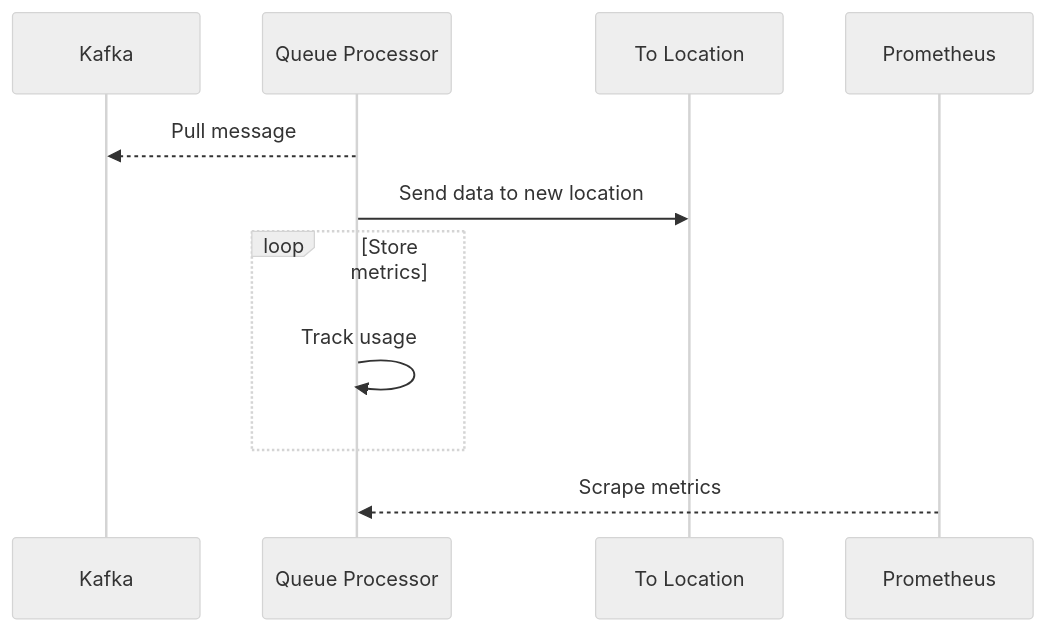
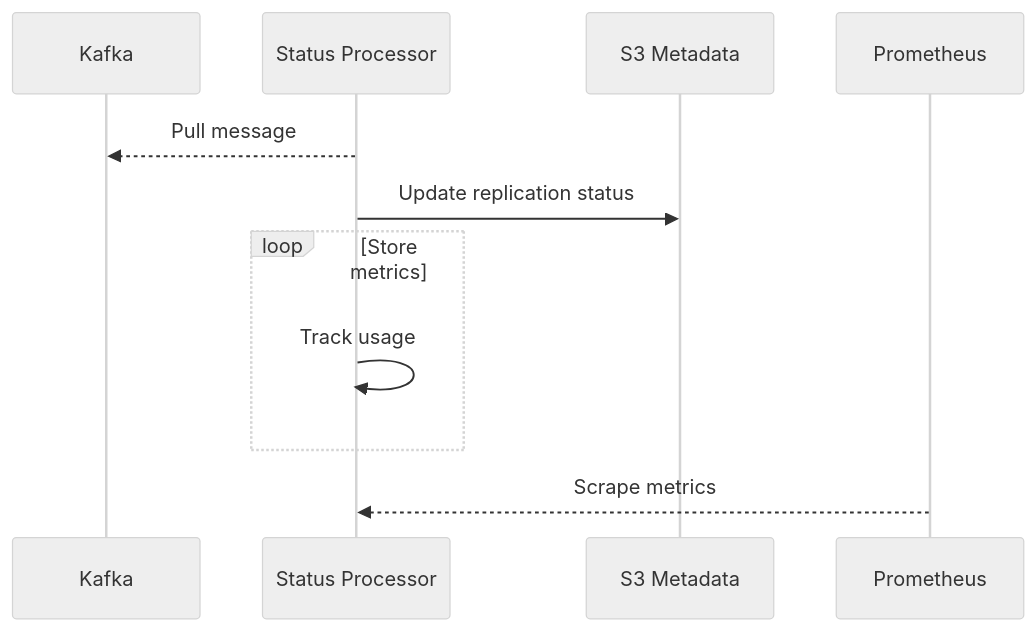
One commit to scality/Zenko-RFCs changed the third of 3 diagrams in docs/design/crr-metrics.md. Above: the diagram before and after it, drawn with Mermaid (neutral theme). The commit also changed other lines of this file, not shown here.

Commit message:
feature: S3C-4347 Add status processor

````diff
--- a/docs/design/crr-metrics.md
+++ b/docs/design/crr-metrics.md
@@ -19,13 +40,13 @@
 ```mermaid
 sequenceDiagram
     participant Kafka
-    participant proc as Queue Processor
-    participant to as To Location
+    participant proc as Status Processor
+    participant md as S3 Metadata
     participant Prometheus
     proc-->>Kafka: Pull message
-    proc->>to: Send data to new location
+    proc->>md: Update replication status
     loop Store metrics
         proc->>proc: Track usage
     end
     Prometheus-->>proc: Scrape metrics
 ```
````
